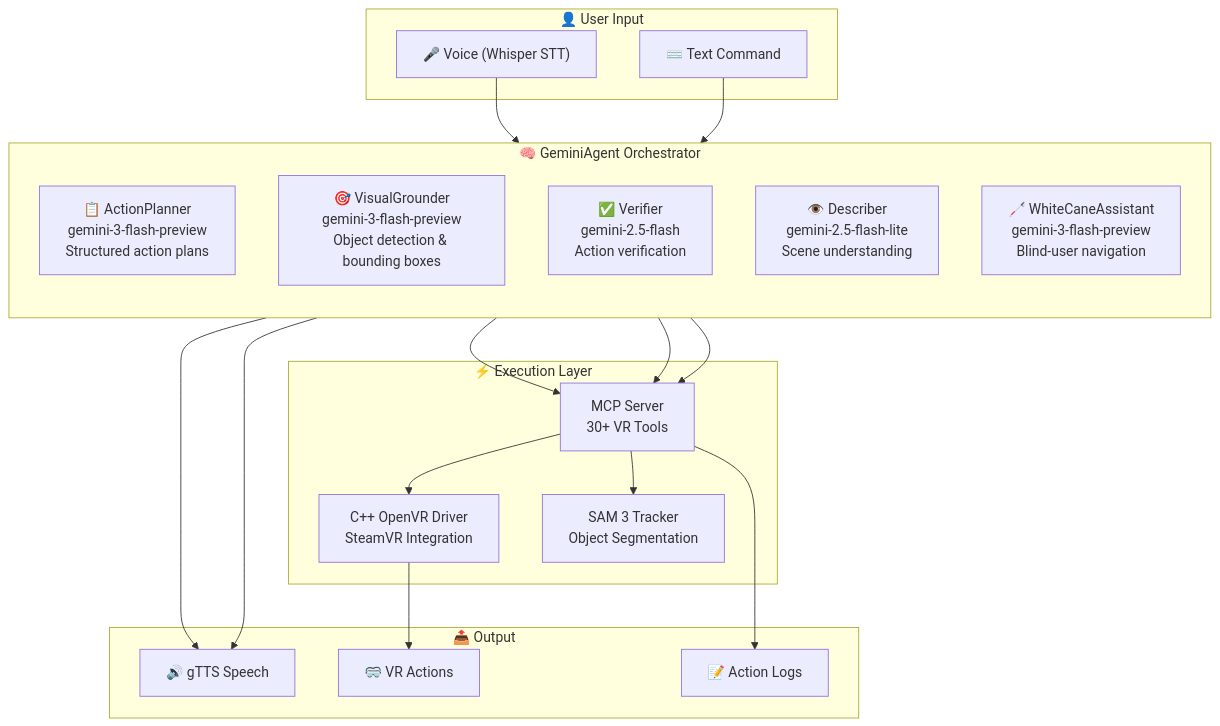
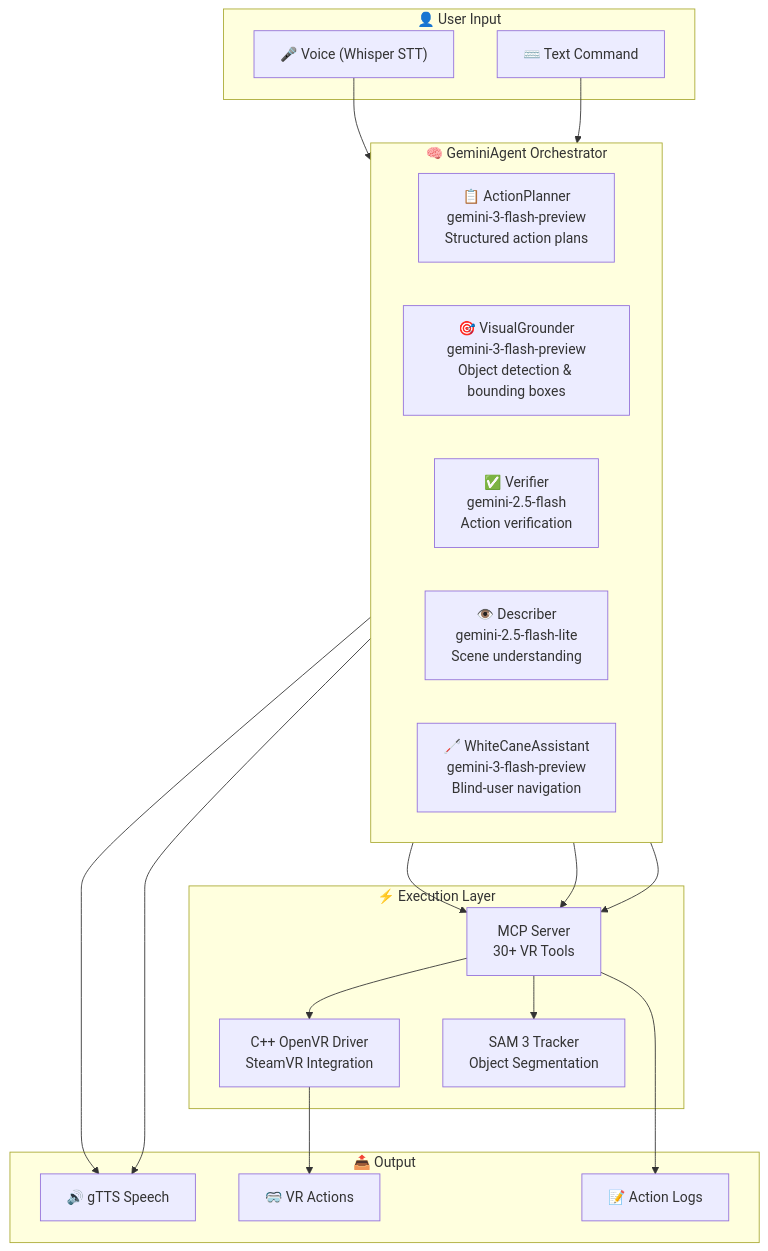
One commit to ar-zadeh/GEMINI_Comp_VR changed the first of 2 diagrams in Readme.md. Above: the diagram before and after it, drawn with Mermaid.

Commit message:
Change Orchestrator direction from TB to LR

````diff
--- a/Readme.md
+++ b/Readme.md
@@ -76,39 +76,39 @@
 ```mermaid
 flowchart TB
     subgraph User["👤 User Input"]
         voice["🎤 Voice (Whisper STT)"]
         text["⌨️ Text Command"]
     end
 
 subgraph Orchestrator["🧠 GeminiAgent Orchestrator"]
-    direction TB
+    direction LR
     planner["📋 ActionPlanner<br/>gemini-3-flash-preview<br/>Structured action plans"]
     grounding["🎯 VisualGrounder<br/>gemini-3-flash-preview<br/>Object detection & bounding boxes"]
     verifier["✅ Verifier<br/>gemini-2.5-flash<br/>Action verification"]
     describer["👁️ Describer<br/>gemini-2.5-flash-lite<br/>Scene understanding"]
     whitecane["🦯 WhiteCaneAssistant<br/>gemini-3-flash-preview<br/>Blind-user navigation"]
 end
 
     subgraph Execution["⚡ Execution Layer"]
         mcp["MCP Server<br>30+ VR Tools"]
         driver["C++ OpenVR Driver<br>SteamVR Integration"]
         tracker["SAM 3 Tracker<br>Object Segmentation"]
     end
 
     subgraph Output["📤 Output"]
         tts["🔊 gTTS Speech"]
         vr["🥽 VR Actions"]
         logs["📝 Action Logs"]
     end
 
     voice --> Orchestrator
     text --> Orchestrator
     planner --> mcp
     grounding --> mcp
     verifier --> mcp
     describer --> tts
     whitecane --> tts
     mcp --> driver --> vr
     mcp --> tracker
     mcp --> logs
 ```
````
